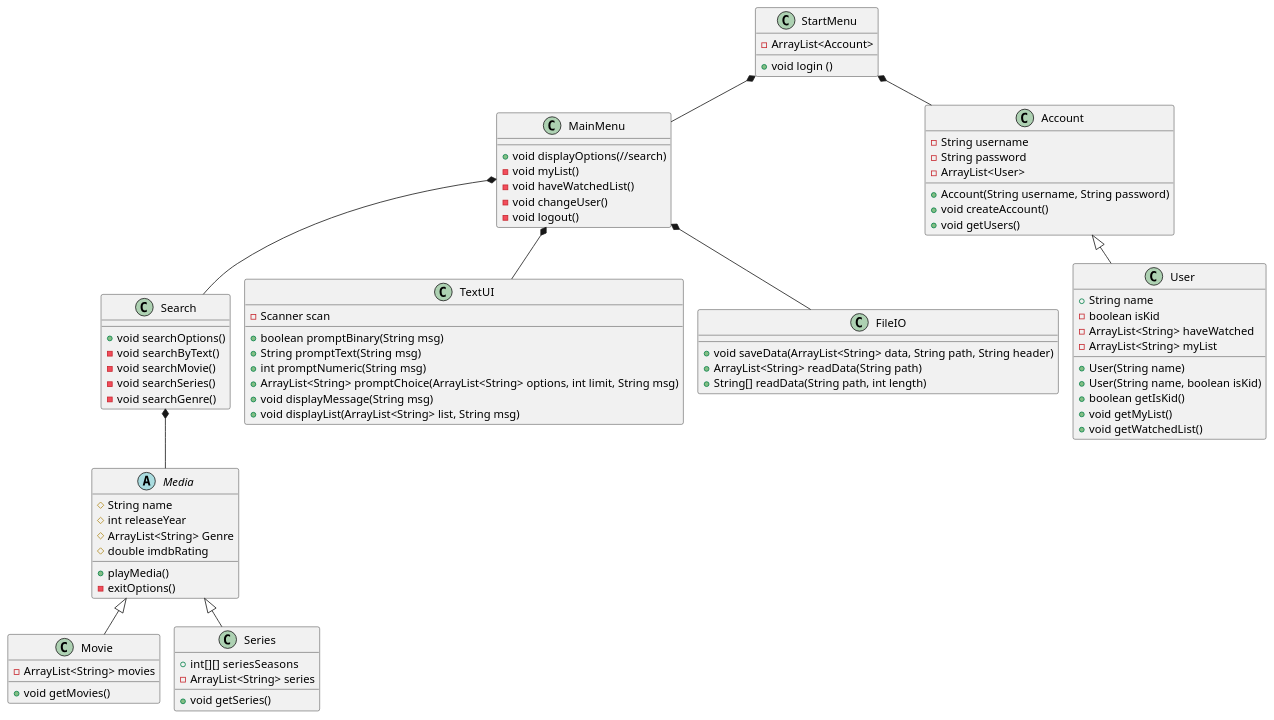
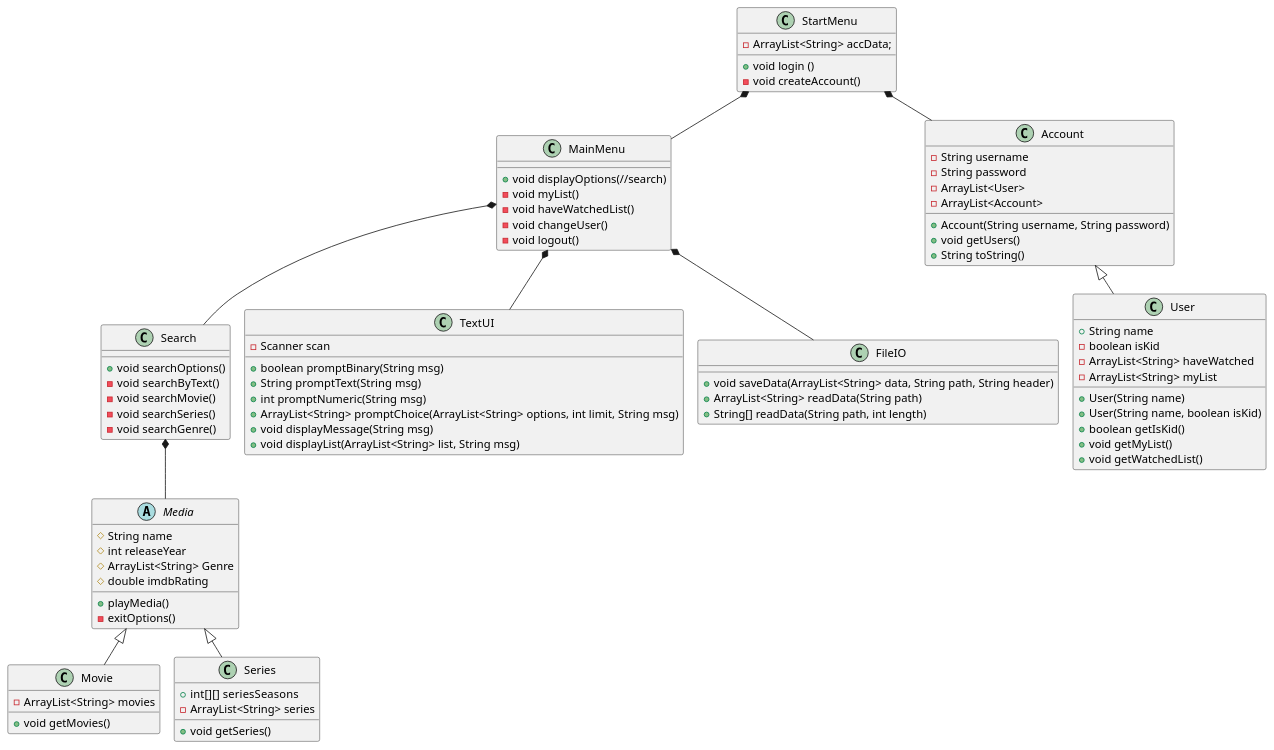
Before and after one commit to JesperTAndersen/SP3: the diagram in doc/plan/klassediagram.puml, drawn with PlantUML. The commit also changed 1 other file, not shown here.

Commit message:
Updated classDiagram

```diff
--- a/doc/plan/klassediagram.puml
+++ b/doc/plan/klassediagram.puml
@@ -1,99 +1,102 @@
 @startuml
 !pragma layout smetana
 'https://plantuml.com/class-diagram
 !pragma layout smetana
 
 class StartMenu {
-- ArrayList<Account>
+- ArrayList<String> accData;
 + void login ()
+- void createAccount()
 
 }
 class MainMenu {
 + void displayOptions(//search)
 - void myList()
 - void haveWatchedList()
 - void changeUser()
 - void logout()
 }
 
 class Account {
 - String username
 - String password
 - ArrayList<User>
+- ArrayList<Account>
+
 
 + Account(String username, String password)
-+ void createAccount()
 + void getUsers()
++ String toString()
 }
 
 class User {
 + String name
 - boolean isKid
 - ArrayList<String> haveWatched
 - ArrayList<String> myList
 + User(String name)
 + User(String name, boolean isKid)
 + boolean getIsKid()
 + void getMyList()
 + void getWatchedList()
 }
 
 
 
 
 abstract class Media {
 # String name
 # int releaseYear
 # ArrayList<String> Genre
 # double imdbRating
 + playMedia()
 - exitOptions()
 
 }
 class Movie {
 - ArrayList<String> movies
 + void getMovies()
 }
 class Series{
 + int[][]  seriesSeasons
 - ArrayList<String> series
 + void getSeries()
 }
 class Search{
 +void searchOptions()
 - void searchByText()
 - void searchMovie()
 - void searchSeries()
 - void searchGenre()
 }
 class TextUI {
 - Scanner scan
 + boolean promptBinary(String msg)
 + String promptText(String msg)
 + int promptNumeric(String msg)
 + ArrayList<String> promptChoice(ArrayList<String> options, int limit, String msg)
 + void displayMessage(String msg)
 + void displayList(ArrayList<String> list, String msg)
 }
 class FileIO{
 + void saveData(ArrayList<String> data, String path, String header)
 + ArrayList<String> readData(String path)
 + String[] readData(String path, int length)
 }
 
 
 StartMenu *-- Account
 Account <|-- User
 StartMenu *-- MainMenu
 MainMenu *-- Search
 Search *-- Media
 Media <|-- Movie
 Media <|-- Series
 
 MainMenu *-- FileIO
 MainMenu *-- TextUI
 
 
 }
 
 @enduml
```
